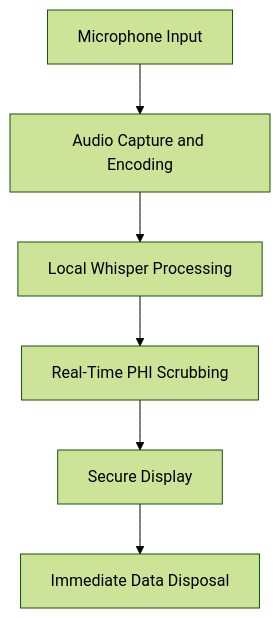
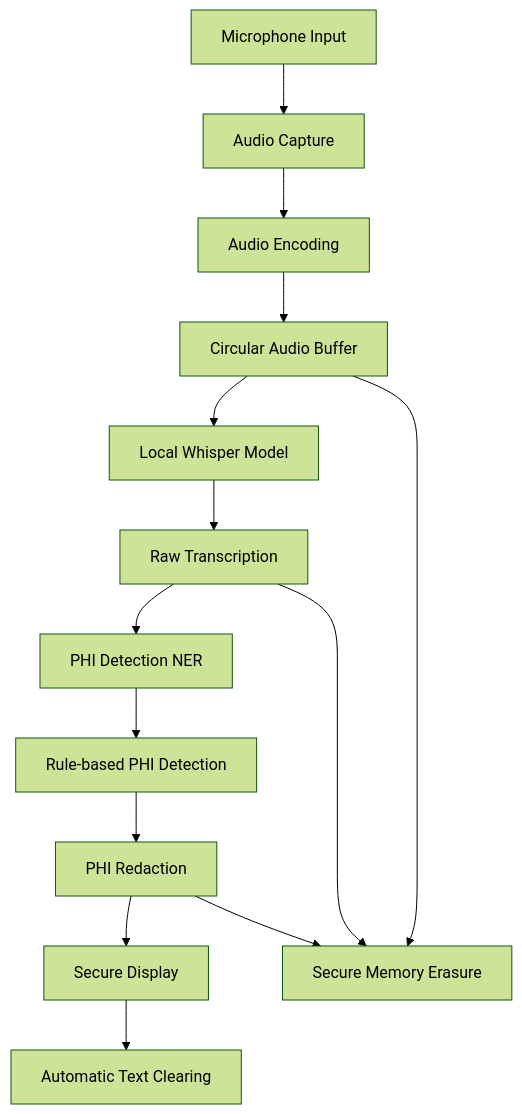
The diagram in README.md (uakbr/HIPAA-Compliant-Real-Time-Transcription), drawn with Mermaid (forest theme) before and after one commit. The commit also changed other lines of this file, not shown here.

````diff
--- a/README.md
+++ b/README.md
@@ -43,8 +71,16 @@
 ```mermaid
 flowchart TD
-    A[Microphone Input] --> B[Audio Capture and Encoding]
-    B --> C[Local Whisper Processing]
-    C --> D[Real-Time PHI Scrubbing]
-    D --> E[Secure Display]
-    E --> F[Immediate Data Disposal]
+    A[Microphone Input] --> B[Audio Capture]
+    B --> C[Audio Encoding]
+    C --> D[Circular Audio Buffer]
+    D --> E[Local Whisper Model]
+    E --> F[Raw Transcription]
+    F --> G[PHI Detection NER]
+    G --> H[Rule-based PHI Detection]
+    H --> I[PHI Redaction]
+    I --> J[Secure Display]
+    J --> K[Automatic Text Clearing]
+    D --> L[Secure Memory Erasure]
+    F --> L
+    I --> L
 ```
````
